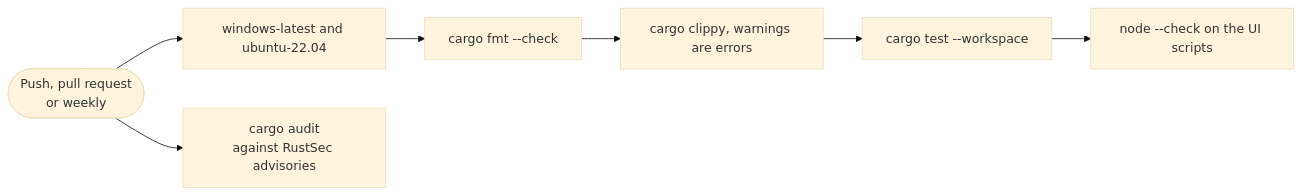
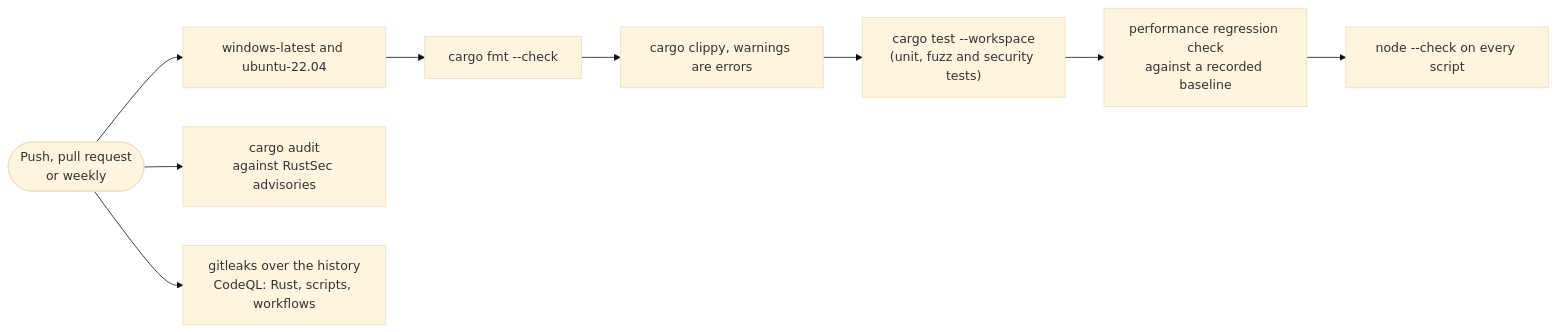
Before and after one commit to lumidren/Pady: the eighth of 9 diagrams in README.md, drawn with Mermaid (base theme). The commit also changed other lines of this file and 2 other files, not shown here.

````diff
--- a/README.md
+++ b/README.md
@@ -675,6 +685,7 @@
 ```mermaid
 flowchart LR
     push(["Push, pull request<br/>or weekly"]) --> matrix["windows-latest and ubuntu-22.04"]
-    matrix --> fmt["cargo fmt --check"] --> clippy["cargo clippy, warnings are errors"] --> test["cargo test --workspace"] --> js["node --check on the UI scripts"]
+    matrix --> fmt["cargo fmt --check"] --> clippy["cargo clippy, warnings are errors"] --> test["cargo test --workspace<br/>(unit, fuzz and security tests)"] --> perf["performance regression check<br/>against a recorded baseline"] --> js["node --check on every script"]
     push --> audit["cargo audit<br/>against RustSec advisories"]
+    push --> scan["gitleaks over the history<br/>CodeQL: Rust, scripts, workflows"]
 ```
````
